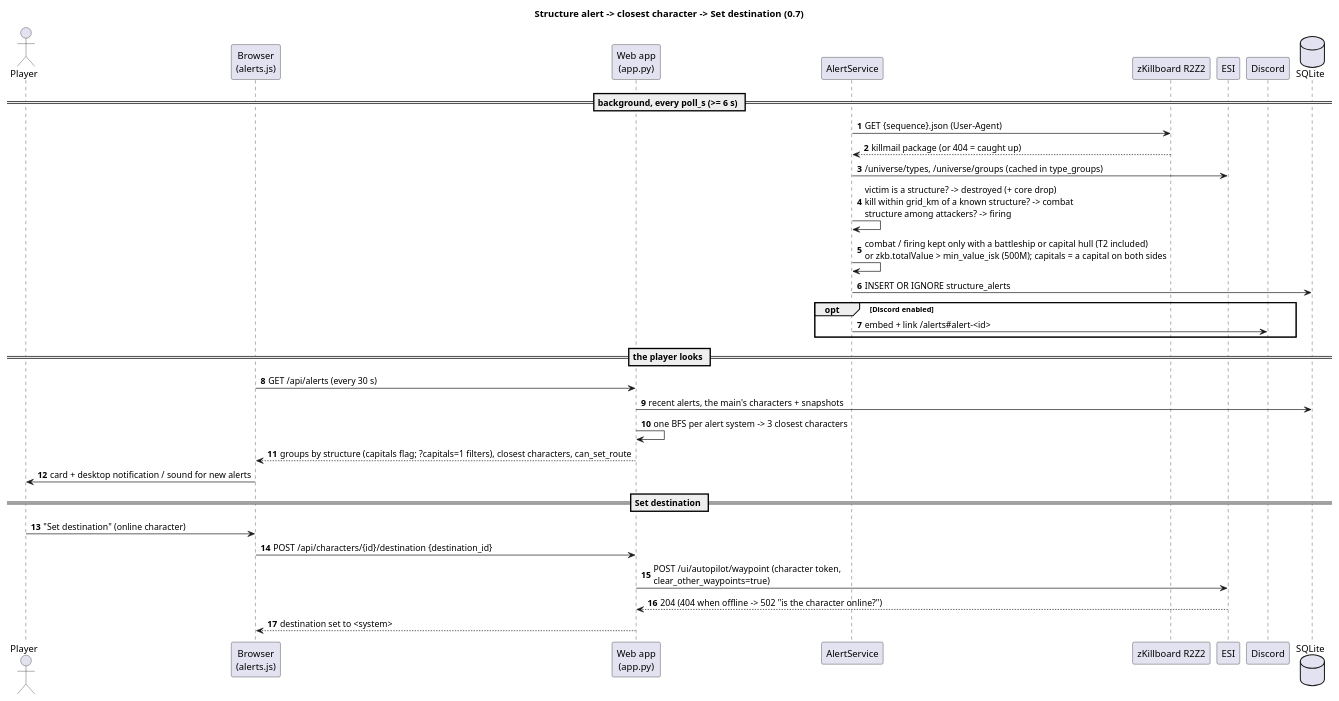
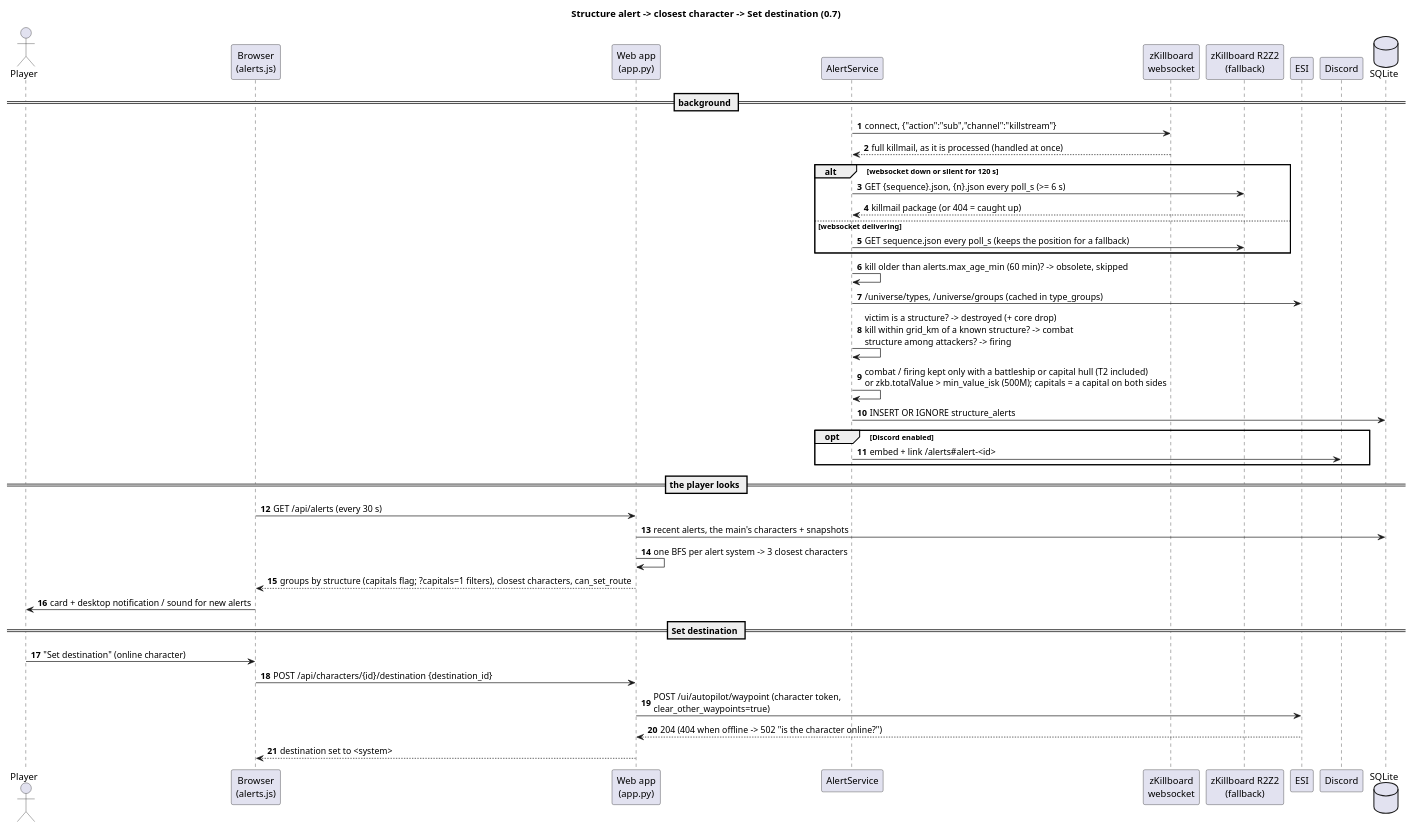
The diagram in docs/c4/11-seq-structure-alert.puml (Headruner/war-bot-2), drawn with PlantUML before and after one commit. The commit also changed 8 other files, not shown here.

```diff
--- a/docs/c4/11-seq-structure-alert.puml
+++ b/docs/c4/11-seq-structure-alert.puml
@@ -1,37 +1,45 @@
 @startuml seq-structure-alert
 title Structure alert -> closest character -> Set destination (0.7)
 autonumber
 actor "Player" as user
 participant "Browser\n(alerts.js)" as ui
 participant "Web app\n(app.py)" as web
 participant "AlertService" as alerts
-participant "zKillboard R2Z2" as zkb
+participant "zKillboard\nwebsocket" as zkb
+participant "zKillboard R2Z2\n(fallback)" as r2z2
 participant "ESI" as esi
 participant "Discord" as discord
 database "SQLite" as db
 
-== background, every poll_s (>= 6 s) ==
-alerts -> zkb : GET {sequence}.json (User-Agent)
-zkb --> alerts : killmail package (or 404 = caught up)
+== background ==
+alerts -> zkb : connect, {"action":"sub","channel":"killstream"}
+zkb --> alerts : full killmail, as it is processed (handled at once)
+alt websocket down or silent for 120 s
+  alerts -> r2z2 : GET {sequence}.json, {n}.json every poll_s (>= 6 s)
+  r2z2 --> alerts : killmail package (or 404 = caught up)
+else websocket delivering
+  alerts -> r2z2 : GET sequence.json every poll_s (keeps the position for a fallback)
+end
+alerts -> alerts : kill older than alerts.max_age_min (60 min)? -> obsolete, skipped
 alerts -> esi : /universe/types, /universe/groups (cached in type_groups)
 alerts -> alerts : victim is a structure? -> destroyed (+ core drop)\nkill within grid_km of a known structure? -> combat\nstructure among attackers? -> firing
 alerts -> alerts : combat / firing kept only with a battleship or capital hull (T2 included)\nor zkb.totalValue > min_value_isk (500M); capitals = a capital on both sides
 alerts -> db : INSERT OR IGNORE structure_alerts
 opt Discord enabled
   alerts -> discord : embed + link /alerts#alert-<id>
 end
 
 == the player looks ==
 ui -> web : GET /api/alerts (every 30 s)
 web -> db : recent alerts, the main's characters + snapshots
 web -> web : one BFS per alert system -> 3 closest characters
 web --> ui : groups by structure (capitals flag; ?capitals=1 filters), closest characters, can_set_route
 ui -> user : card + desktop notification / sound for new alerts
 
 == Set destination ==
 user -> ui : "Set destination" (online character)
 ui -> web : POST /api/characters/{id}/destination {destination_id}
 web -> esi : POST /ui/autopilot/waypoint (character token,\nclear_other_waypoints=true)
 esi --> web : 204 (404 when offline -> 502 "is the character online?")
 web --> ui : destination set to <system>
 @enduml
```
